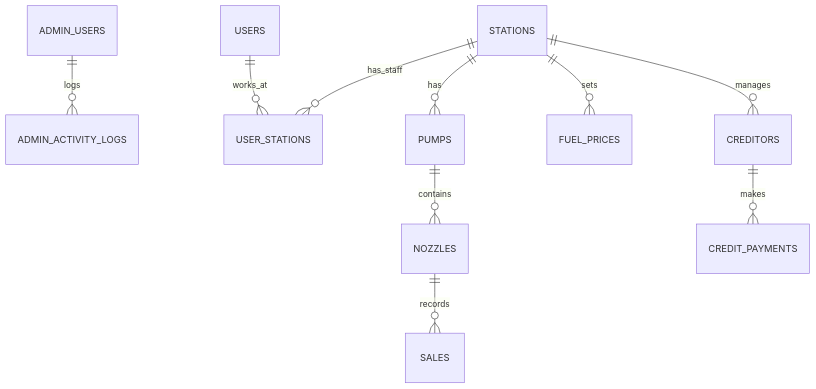
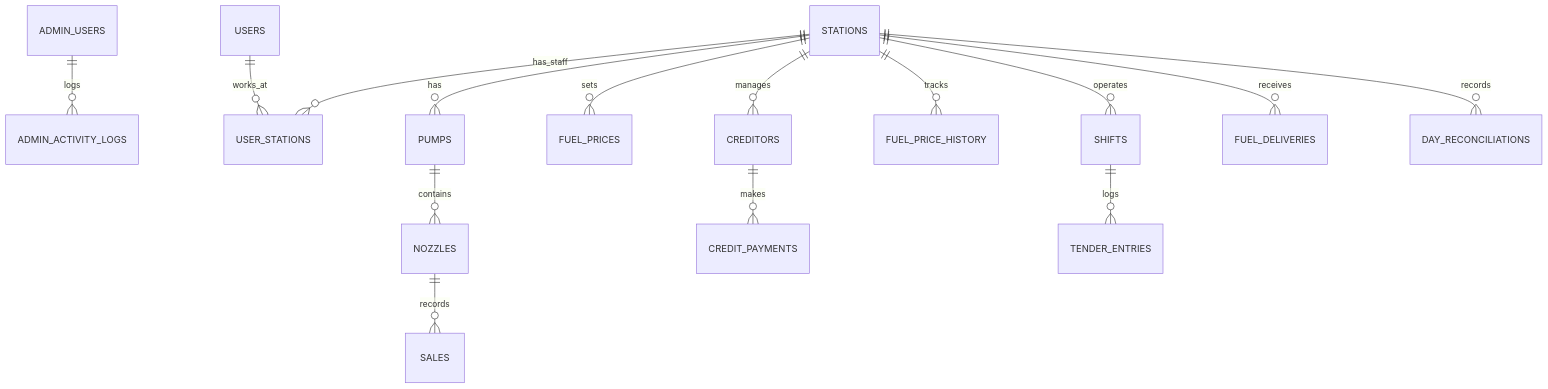
One commit to iamramakanthreddyk/fuelsync-hub changed the diagram in docs/ERD.md. Above: the diagram before and after it, drawn with Mermaid. The commit also changed 7 other files, not shown here.

````diff
--- a/docs/ERD.md
+++ b/docs/ERD.md
@@ -1,12 +1,17 @@
 ```mermaid
 erDiagram
     ADMIN_USERS ||--o{ ADMIN_ACTIVITY_LOGS : "logs"
     USERS ||--o{ USER_STATIONS : "works_at"
     STATIONS ||--o{ USER_STATIONS : "has_staff"
     STATIONS ||--o{ PUMPS : "has"
     PUMPS ||--o{ NOZZLES : "contains"
     NOZZLES ||--o{ SALES : "records"
     STATIONS ||--o{ FUEL_PRICES : "sets"
     STATIONS ||--o{ CREDITORS : "manages"
     CREDITORS ||--o{ CREDIT_PAYMENTS : "makes"
+    STATIONS ||--o{ FUEL_PRICE_HISTORY : "tracks"
+    STATIONS ||--o{ SHIFTS : "operates"
+    SHIFTS ||--o{ TENDER_ENTRIES : "logs"
+    STATIONS ||--o{ FUEL_DELIVERIES : "receives"
+    STATIONS ||--o{ DAY_RECONCILIATIONS : "records"
 ```
````
